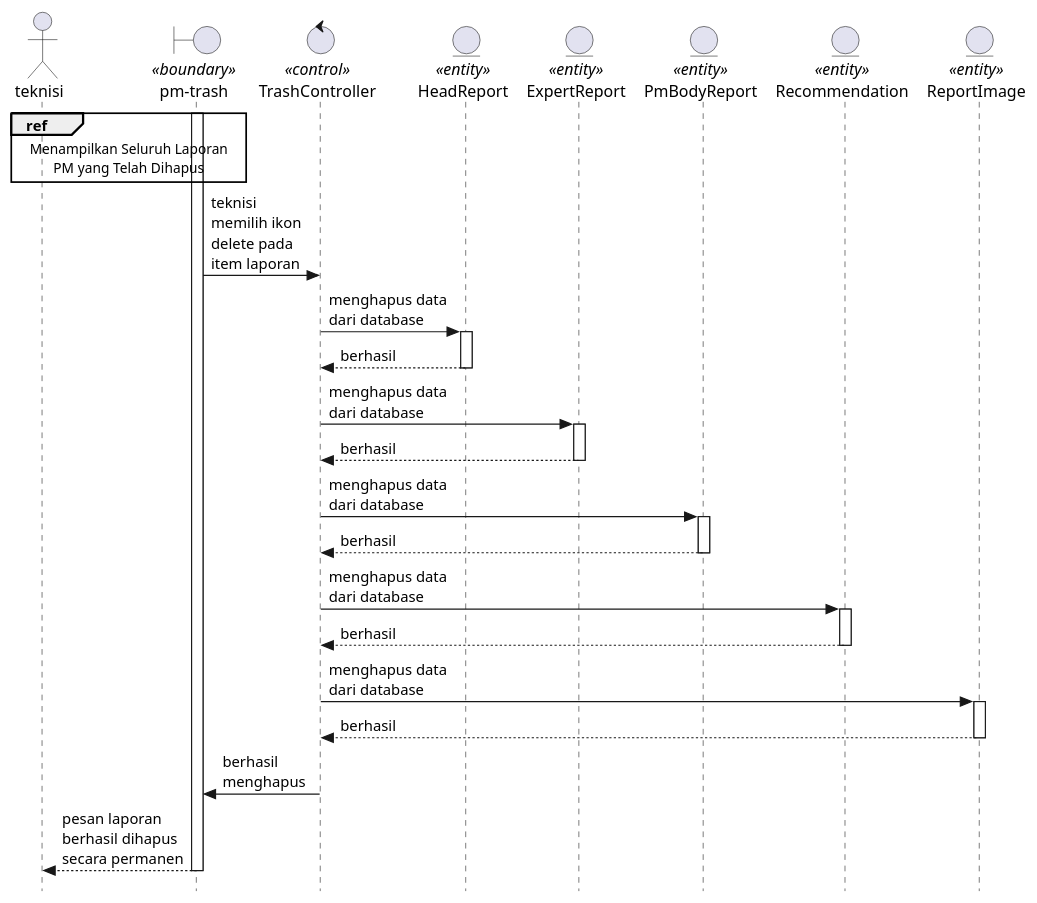
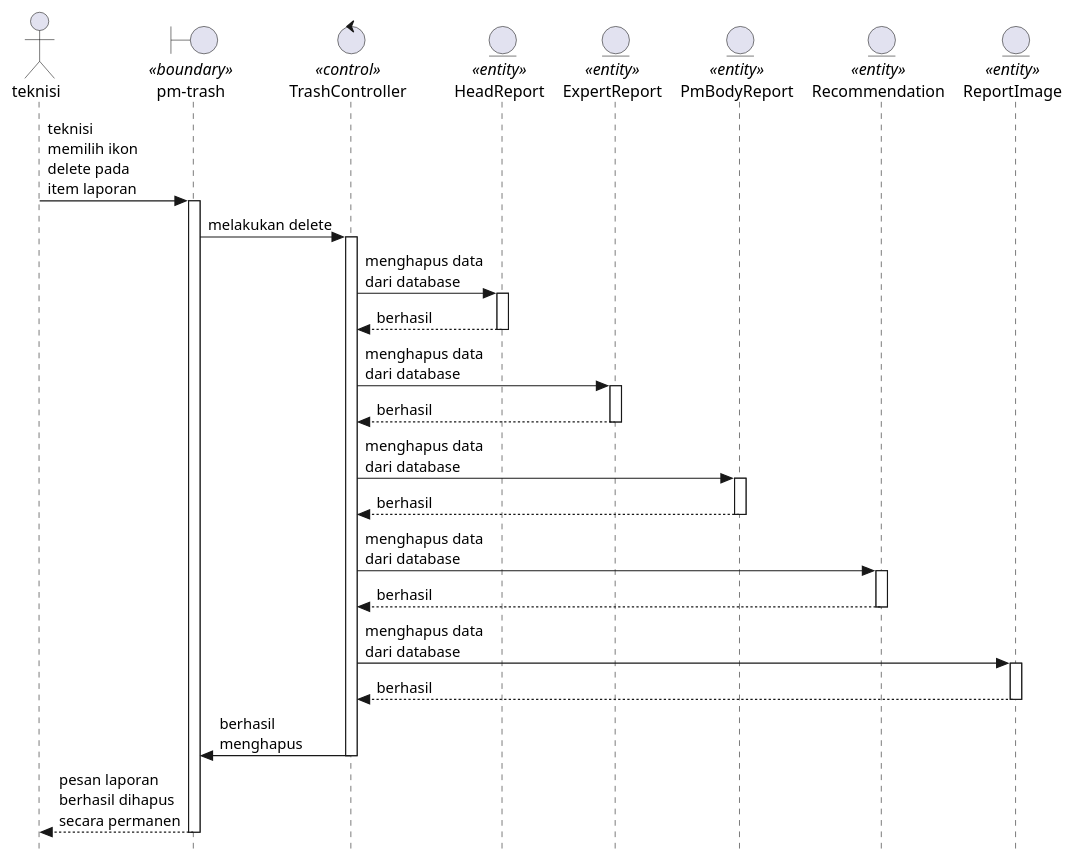
Before and after one commit to KPL-slur/eec-sifse-fixed: the first of 2 diagrams in Docs/diagrams/sequence/permDelete.plantuml, drawn with PlantUML. The commit also changed other lines of this file and 19 other files, not shown here.

```diff
--- a/Docs/diagrams/sequence/permDelete.plantuml
+++ b/Docs/diagrams/sequence/permDelete.plantuml
@@ -1,39 +1,39 @@
 @startuml permDeletePM
 
 skinparam style strictuml
 
 actor teknisi
 boundary "pm-trash" as trash <<boundary>>
 control TrashController <<control>>
 entity HeadReport <<entity>>
 entity ExpertReport <<entity>>
 entity PmBodyReport <<entity>>
 entity Recommendation <<entity>>
 entity ReportImage <<entity>>
 
-ref over teknisi, trash : Menampilkan Seluruh Laporan\nPM yang Telah Dihapus
-
-activate trash
-trash -> TrashController : teknisi\nmemilih ikon\ndelete pada\nitem laporan
-
+teknisi -> trash : teknisi\nmemilih ikon\ndelete pada\nitem laporan
+    activate trash
+trash -> TrashController : melakukan delete
+    activate TrashController
 TrashController -> HeadReport : menghapus data\ndari database
     activate HeadReport
     return berhasil
 TrashController -> ExpertReport : menghapus data\ndari database
     activate ExpertReport
     return berhasil
 TrashController -> PmBodyReport : menghapus data\ndari database
     activate PmBodyReport
     return berhasil
 TrashController -> Recommendation : menghapus data\ndari database
     activate Recommendation
     return berhasil
 TrashController -> ReportImage : menghapus data\ndari database
     activate ReportImage
     return berhasil
 
 TrashController -> trash : berhasil\nmenghapus
+    deactivate TrashController
 trash --> teknisi : pesan laporan\nberhasil dihapus\nsecara permanen
     deactivate trash
 
 @enduml
```
